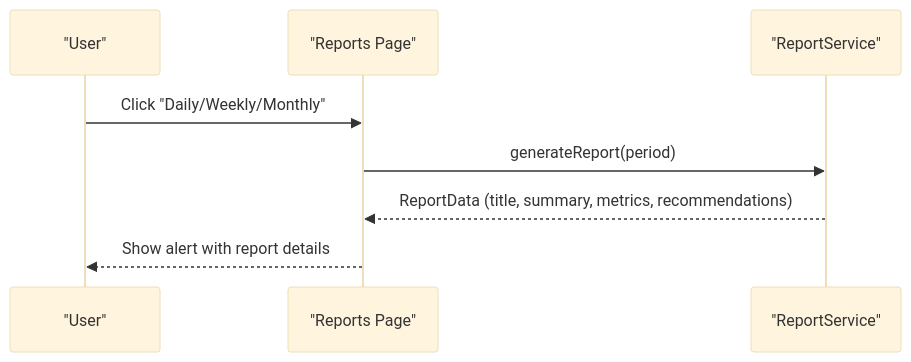
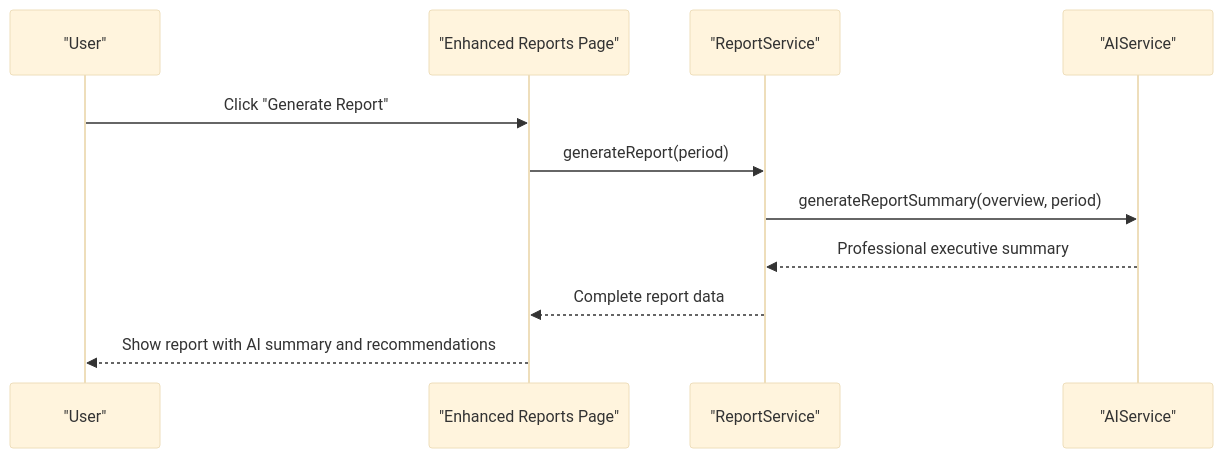
The third of 9 diagrams in .qoder/repowiki/en/content/Core Features/Reports and Analytics.md (cacamarica/dashboard-ai), drawn with Mermaid (base theme) before and after one commit. The commit also changed other lines of this file and 14 other files, not shown here.

````diff
--- a/.qoder/repowiki/en/content/Core Features/Reports and Analytics.md
+++ b/.qoder/repowiki/en/content/Core Features/Reports and Analytics.md
@@ -174,10 +191,13 @@
 ```mermaid
 sequenceDiagram
 participant User as "User"
-participant RP as "Reports Page"
+participant RP as "Enhanced Reports Page"
 participant RS as "ReportService"
-User->>RP : Click "Daily/Weekly/Monthly"
+participant AIS as "AIService"
+User->>RP : Click "Generate Report"
 RP->>RS : generateReport(period)
-RS-->>RP : ReportData (title, summary, metrics, recommendations)
-RP-->>User : Show alert with report details
+RS->>AIS : generateReportSummary(overview, period)
+AIS-->>RS : Professional executive summary
+RS-->>RP : Complete report data
+RP-->>User : Show report with AI summary and recommendations
 ```
````
